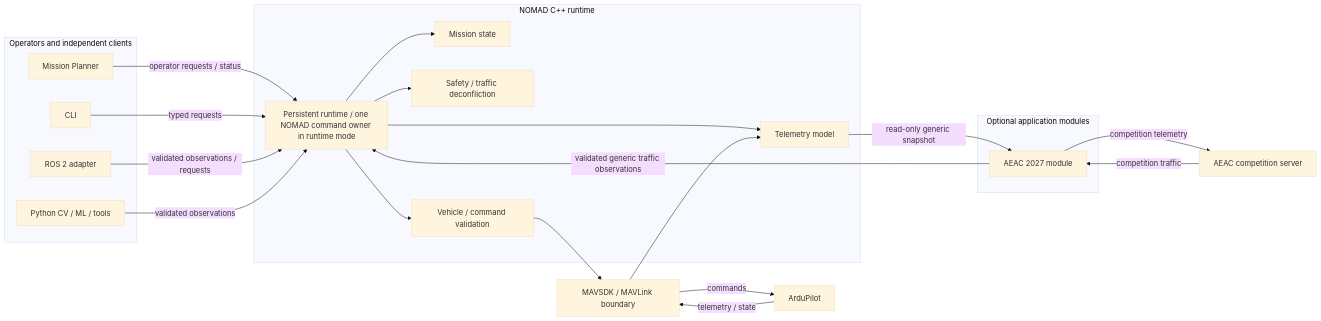
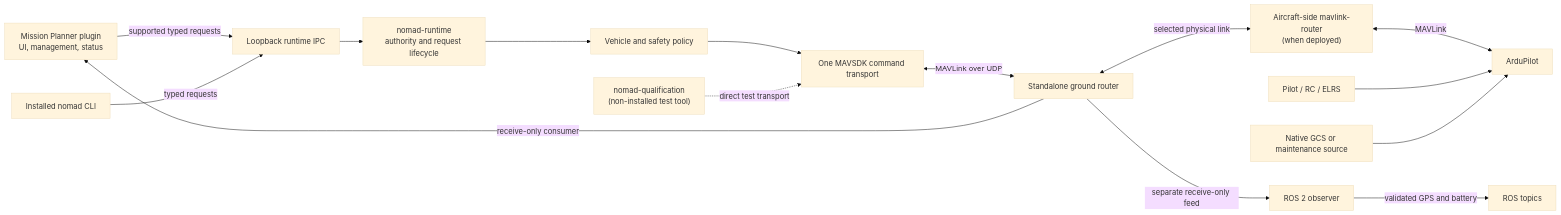
One commit to McGill-Aerial-Design/NOMAD changed the diagram in docs/architecture.md. Above: the diagram before and after it, drawn with Mermaid (base theme). The commit also changed other lines of this file and 24 other files, not shown here.

````diff
--- a/docs/architecture.md
+++ b/docs/architecture.md
@@ -12,45 +11,18 @@
 ```mermaid
 flowchart LR
-    subgraph Clients["Operators and independent clients"]
-        MP["Mission Planner"]
-        CLI["CLI"]
-        ROS["ROS 2 adapter"]
-        PY["Python CV / ML / tools"]
-    end
+    MP["Mission Planner plugin<br/>UI, management, status"] -->|"supported typed requests"| IPC["Loopback runtime IPC"]
+    CLI["Installed nomad CLI"] -->|"typed requests"| IPC
+    IPC --> RT["nomad-runtime<br/>authority and request lifecycle"]
+    RT --> VP["Vehicle and safety policy"]
+    VP --> MAV["One MAVSDK command transport"]
+    MAV <-->|"MAVLink over UDP"| GR["Standalone ground router"]
+    GR <-->|"selected physical link"| AR["Aircraft-side mavlink-router<br/>(when deployed)"]
+    AR <-->|"MAVLink"| FC["ArduPilot"]
 
-    subgraph Modules["Optional application modules"]
-        AEACMOD["AEAC 2027 module"]
-    end
-
-    AEAC["AEAC competition server"]
-
-    subgraph Runtime["NOMAD C++ runtime"]
-        OWNER["Persistent runtime / one NOMAD command owner in runtime mode"]
-        TEL["Telemetry model"]
-        MISSION["Mission state"]
-        SAFETY["Safety / traffic deconfliction"]
-        VEH["Vehicle / command validation"]
-    end
-
-    MAV["MAVSDK / MAVLink boundary"]
-    AP["ArduPilot"]
-
-    MP -->|"operator requests / status"| OWNER
-    CLI -->|"typed requests"| OWNER
-    ROS -->|"validated observations / requests"| OWNER
-    PY -->|"validated observations"| OWNER
-
-    OWNER --> TEL
-    OWNER --> MISSION
-    OWNER --> SAFETY
-    OWNER --> VEH
-    VEH --> MAV
-    MAV -->|"commands"| AP
-    AP -->|"telemetry / state"| MAV
-    MAV --> TEL
-
-    TEL -->|"read-only generic snapshot"| AEACMOD
-    AEAC -->|"competition traffic"| AEACMOD
-    AEACMOD -->|"validated generic traffic observations"| OWNER
-    AEACMOD -->|"competition telemetry"| AEAC
+    GR -->|"receive-only consumer"| MP
+    RO["ROS 2 observer"] -->|"validated GPS and battery"| ROS["ROS topics"]
+    GR -->|"separate receive-only feed"| RO
+    Q["nomad-qualification<br/>(non-installed test tool)"] -. "direct test transport" .-> MAV
+    RC["Pilot / RC / ELRS"] --> FC
+    NATIVE["Native GCS or maintenance source"] --> FC
 ```
````
